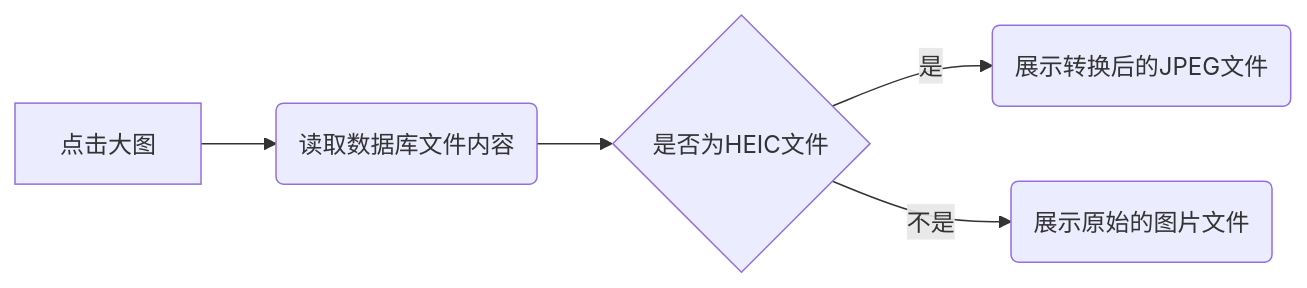
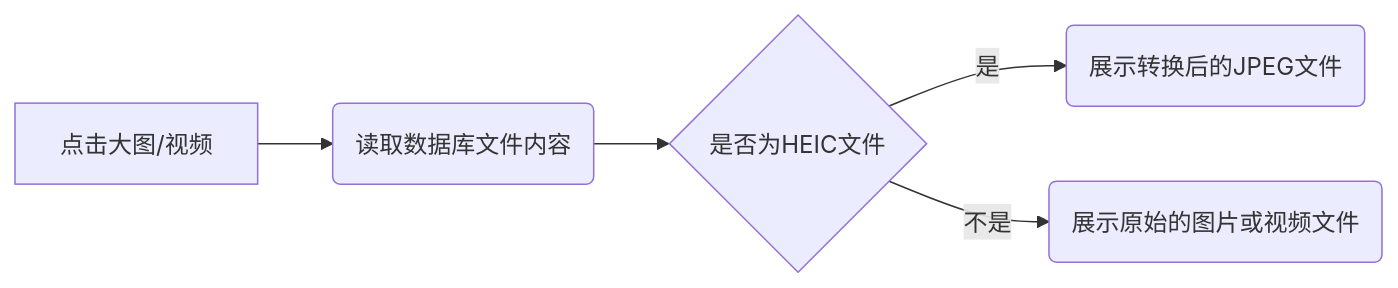
Before and after one commit to lzyyauto/SimplePhotos: the third of 3 diagrams in PronjectInfo.md, drawn with Mermaid. The commit also changed other lines of this file and 3 other files, not shown here.

````diff
--- a/PronjectInfo.md
+++ b/PronjectInfo.md
@@ -72,8 +75,7 @@
 ```mermaid
 graph LR
-    A[点击大图] --> B(读取数据库文件内容)
+    A[点击大图/视频] --> B(读取数据库文件内容)
     B --> C{是否为HEIC文件}
     C --> |是| D(展示转换后的JPEG文件)
-    C --> |不是| E(展示原始的图片文件)
-
+    C --> |不是| E(展示原始的图片或视频文件)
 ```
````
